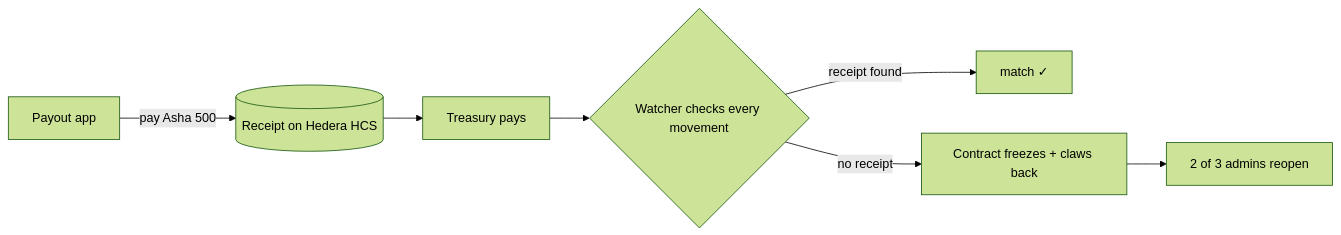
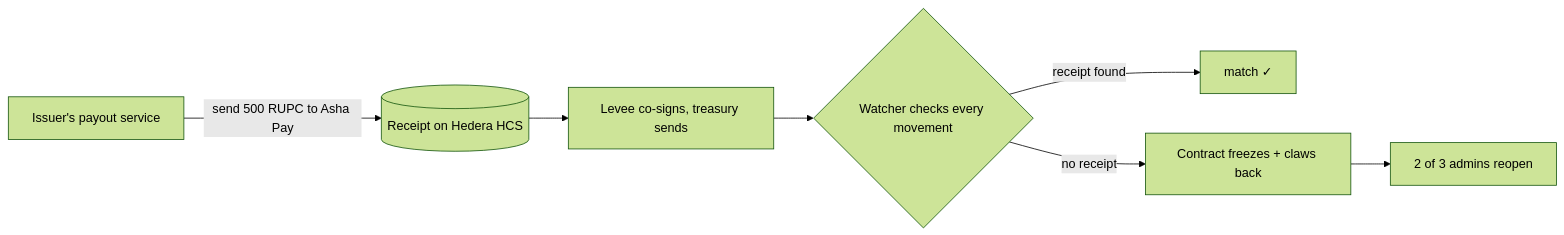
The first of 2 diagrams in README.md (0xvikram/levee), drawn with Mermaid (forest theme) before and after one commit. The commit also changed other lines of this file and 3 other files, not shown here.

First line of the commit message:
Docs: position Levee for one domain, stablecoin issuers on Hedera

````diff
--- a/README.md
+++ b/README.md
@@ -24,9 +23,9 @@
 ```mermaid
 flowchart LR
-  A[Payout app] -- "pay Asha 500" --> R[(Receipt on Hedera HCS)]
-  R --> T[Treasury pays]
+  A[Issuer's payout service] -- "send 500 RUPC to Asha Pay" --> R[(Receipt on Hedera HCS)]
+  R --> T[Levee co-signs, treasury sends]
   T --> W{Watcher checks every movement}
   W -- receipt found --> OK[match ✓]
   W -- no receipt --> C[Contract freezes + claws back]
   C --> AD[2 of 3 admins reopen]
 ```
````
